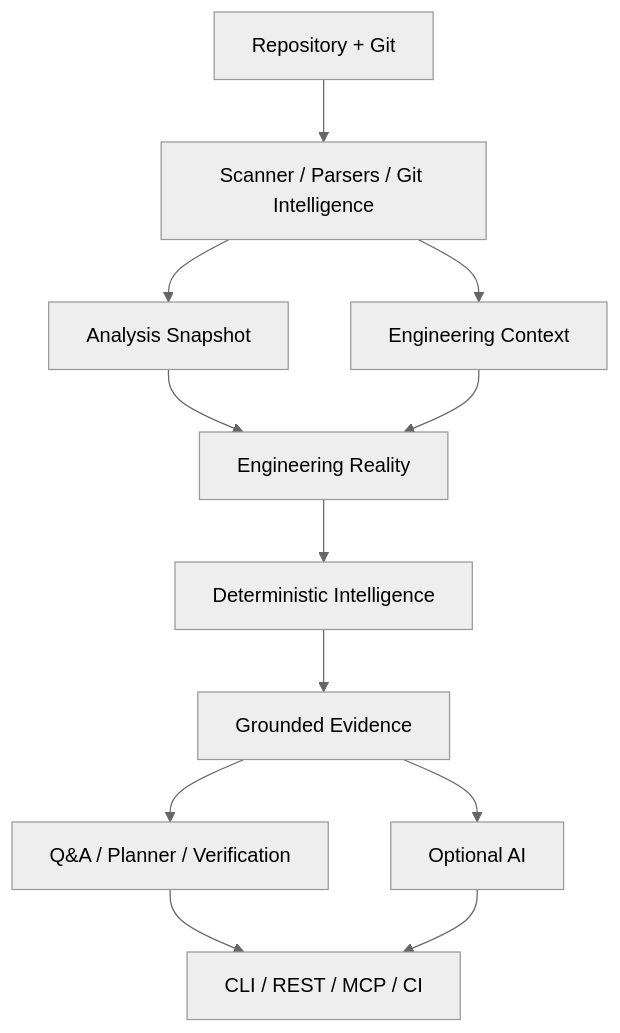
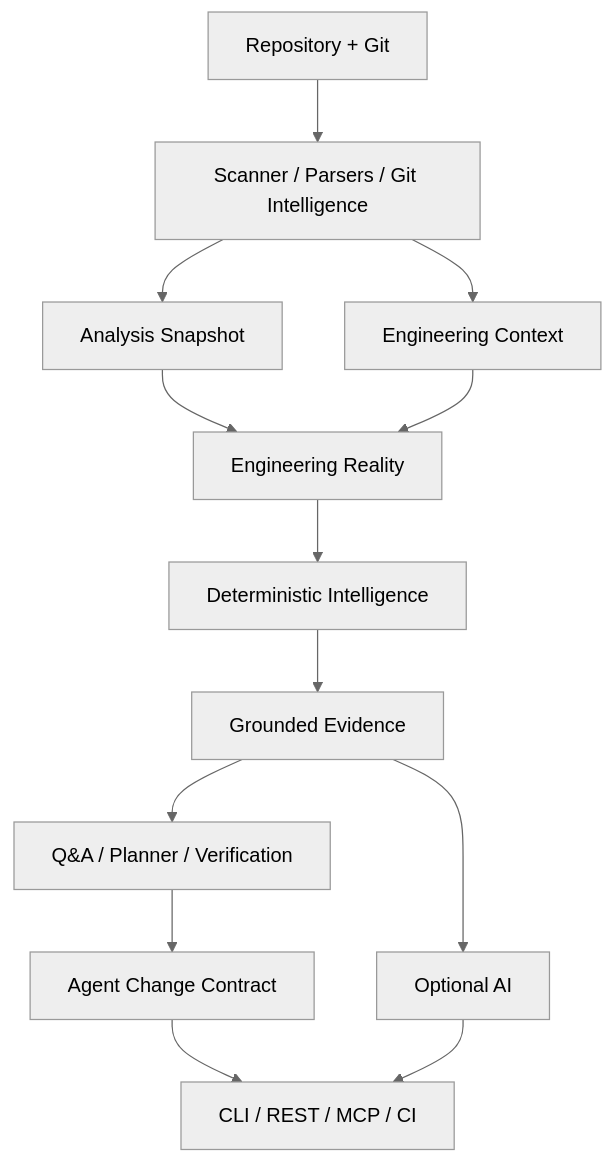
Before and after one commit to sonii-shivansh/CodeContext: the diagram in README.md, drawn with Mermaid (neutral theme). The commit also changed other lines of this file and 9 other files, not shown here.

````diff
--- a/README.md
+++ b/README.md
@@ -181,14 +177,15 @@
 ```mermaid
 flowchart TD
     A[Repository + Git] --> B[Scanner / Parsers / Git Intelligence]
     B --> C[Analysis Snapshot]
     B --> D[Engineering Context]
     C --> E[Engineering Reality]
     D --> E
     E --> F[Deterministic Intelligence]
     F --> G[Grounded Evidence]
     G --> H[Q&A / Planner / Verification]
-    G --> I[Optional AI]
-    H --> J[CLI / REST / MCP / CI]
-    I --> J
+    H --> I[Agent Change Contract]
+    I --> J[CLI / REST / MCP / CI]
+    G --> K[Optional AI]
+    K --> J
 ```
````
